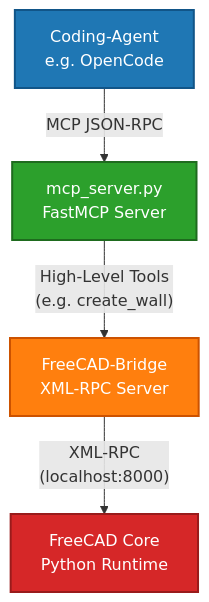
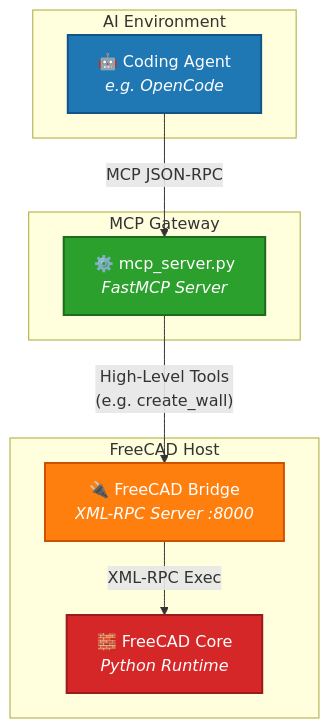
The diagram in README.md (ascriba/freecad-bim-agent), drawn with Mermaid before and after one commit. The commit also changed other lines of this file and 2 other files, not shown here.

````diff
--- a/README.md
+++ b/README.md
@@ -13,16 +35,24 @@
 ```mermaid
 graph TD;
-    Agent[Coding-Agent <br> e.g. OpenCode];
-    Server[mcp_server.py <br> FastMCP Server];
-    Bridge[FreeCAD-Bridge <br> XML-RPC Server];
-    FC[FreeCAD Core <br> Python Runtime];
+    subgraph AI Environment
+        Agent[🤖 Coding Agent <br> <i>e.g. OpenCode</i>];
+    end
+
+    subgraph MCP Gateway
+        Server[⚙️️ mcp_server.py <br> <i>FastMCP Server</i>];
+    end
+
+    subgraph FreeCAD Host
+        Bridge[🔌 FreeCAD Bridge <br> <i>XML-RPC Server :8000</i>];
+        FC[🧱 FreeCAD Core <br> <i>Python Runtime</i>];
+    end
 
     Agent -- "MCP JSON-RPC" --> Server;
     Server -- "High-Level Tools <br> (e.g. create_wall)" --> Bridge;
-    Bridge -- "XML-RPC <br> (localhost:8000)" --> FC;
+    Bridge -- "XML-RPC Exec" --> FC;
 
     style Agent fill:#1f77b4,stroke:#115588,stroke-width:2px,color:#fff;
     style Server fill:#2ca02c,stroke:#1e6b1e,stroke-width:2px,color:#fff;
     style Bridge fill:#ff7f0e,stroke:#cc5200,stroke-width:2px,color:#fff;
     style FC fill:#d62728,stroke:#991b1b,stroke-width:2px,color:#fff;
 ```
````
